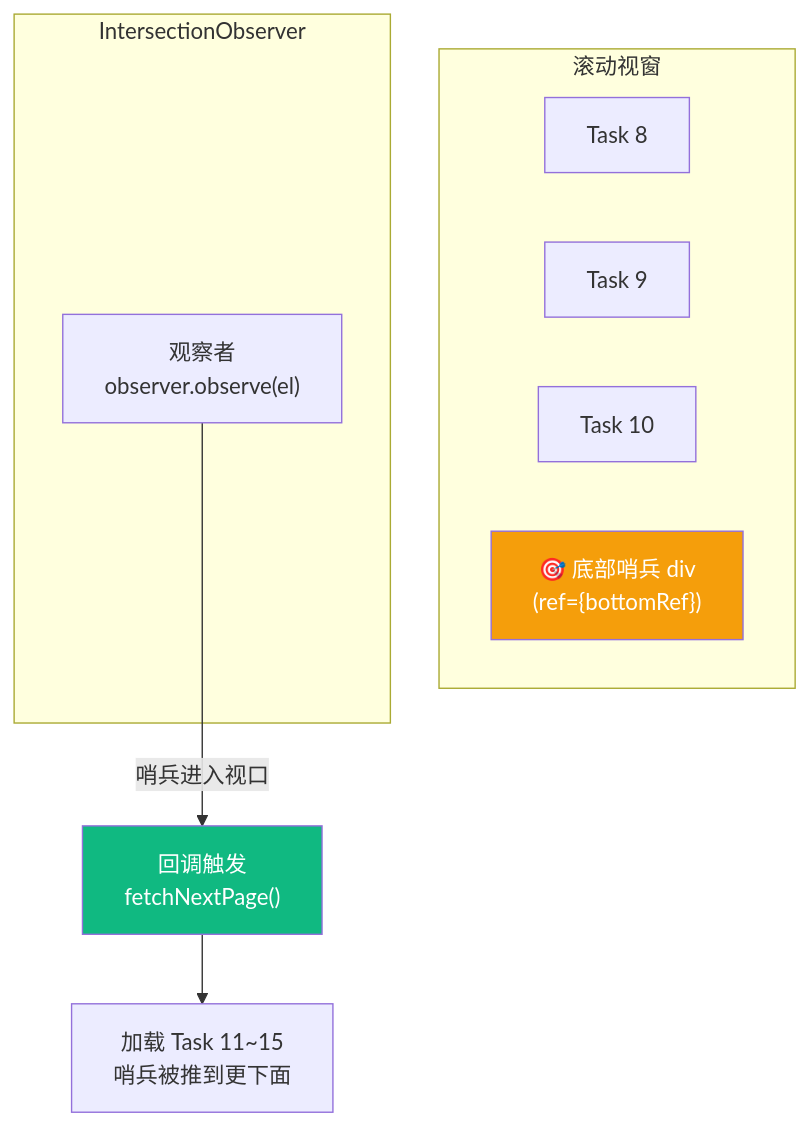
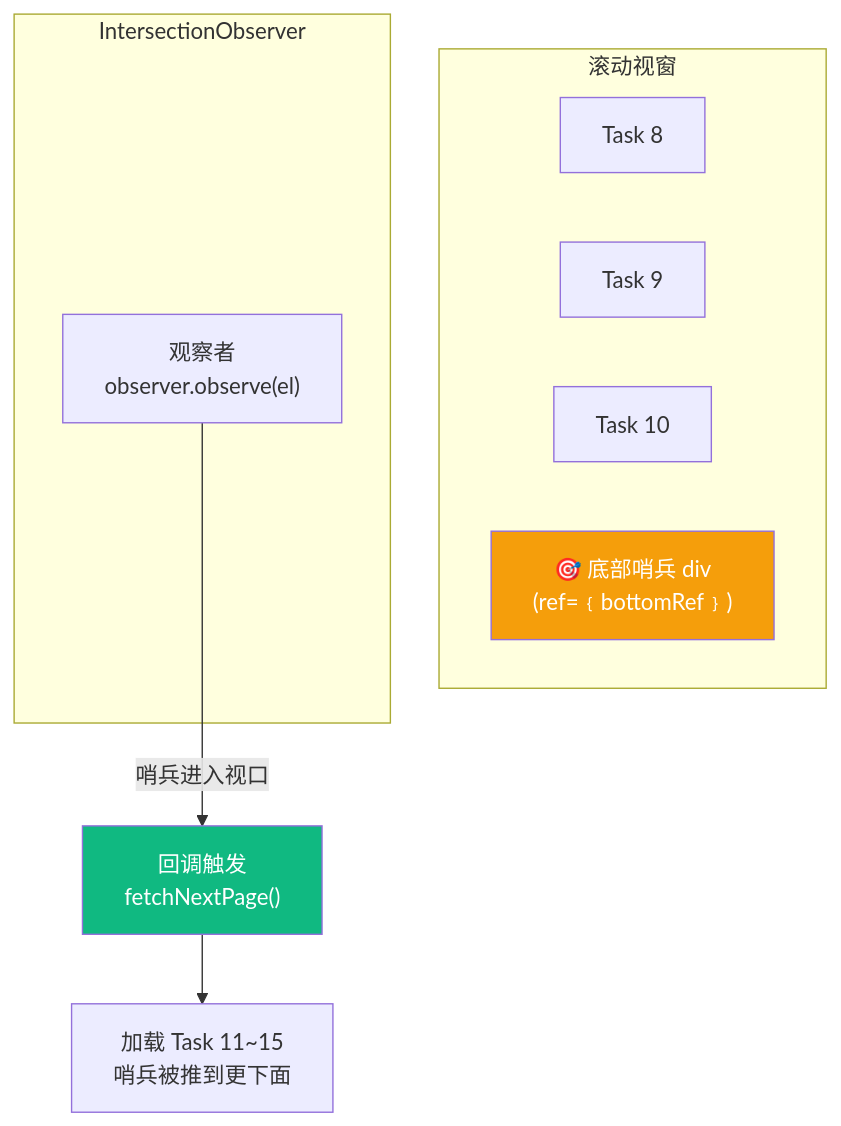
Before and after one commit to boltguo/react_learn: the fourth of 4 diagrams in docs/Lesson_12.md, drawn with Mermaid. The commit also changed other lines of this file and 36 other files, not shown here.

````diff
--- a/docs/Lesson_12.md
+++ b/docs/Lesson_12.md
@@ -477,19 +476,19 @@
 ```mermaid
 flowchart TB
     subgraph "滚动视窗"
         V1["Task 8"]
         V2["Task 9"]
         V3["Task 10"]
-        Sentinel["🎯 底部哨兵 div\n(ref={bottomRef})"]
+        Sentinel["🎯 底部哨兵 div<br/>(ref=﹛bottomRef﹜)"]
     end
     
     subgraph "IntersectionObserver"
-        IO["观察者\nobserver.observe(el)"]
+        IO["观察者<br/>observer.observe(el)"]
     end
     
-    IO -->|"哨兵进入视口"| Callback["回调触发\nfetchNextPage()"]
-    Callback --> NewData["加载 Task 11~15\n哨兵被推到更下面"]
+    IO -->|"哨兵进入视口"| Callback["回调触发<br/>fetchNextPage()"]
+    Callback --> NewData["加载 Task 11~15<br/>哨兵被推到更下面"]
     
     style Sentinel fill:#f59e0b,color:#fff
     style Callback fill:#10b981,color:#fff
 ```
````
